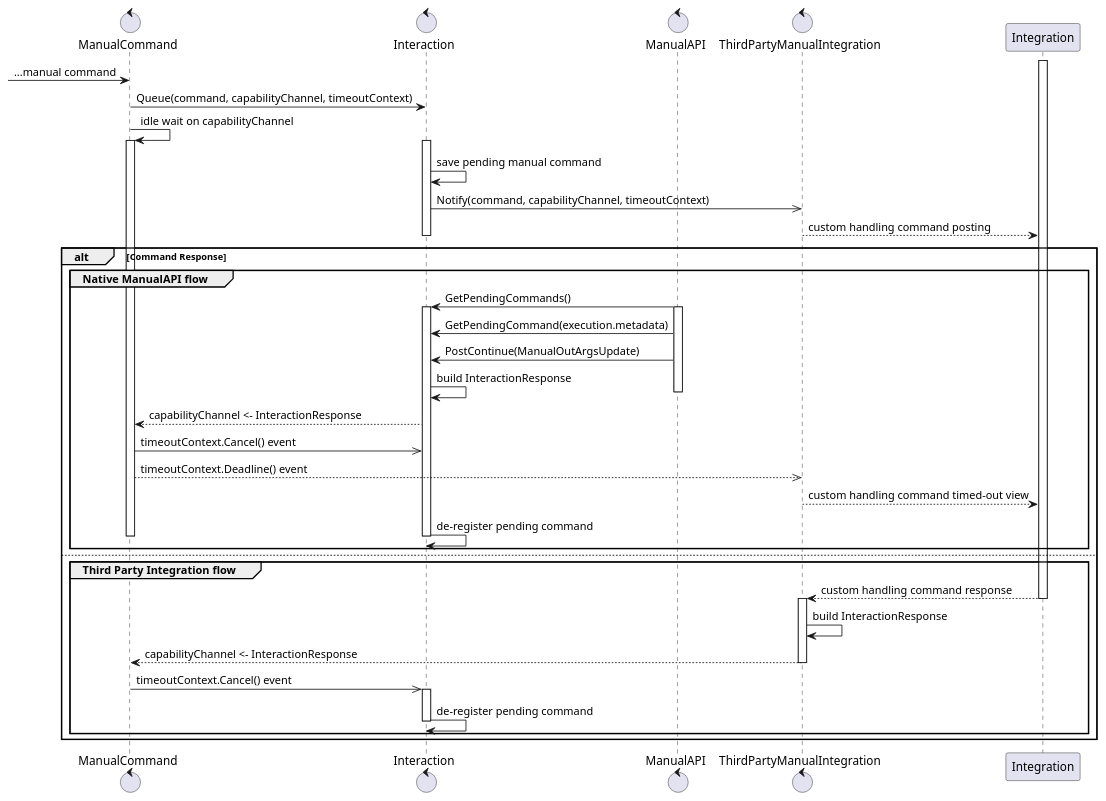
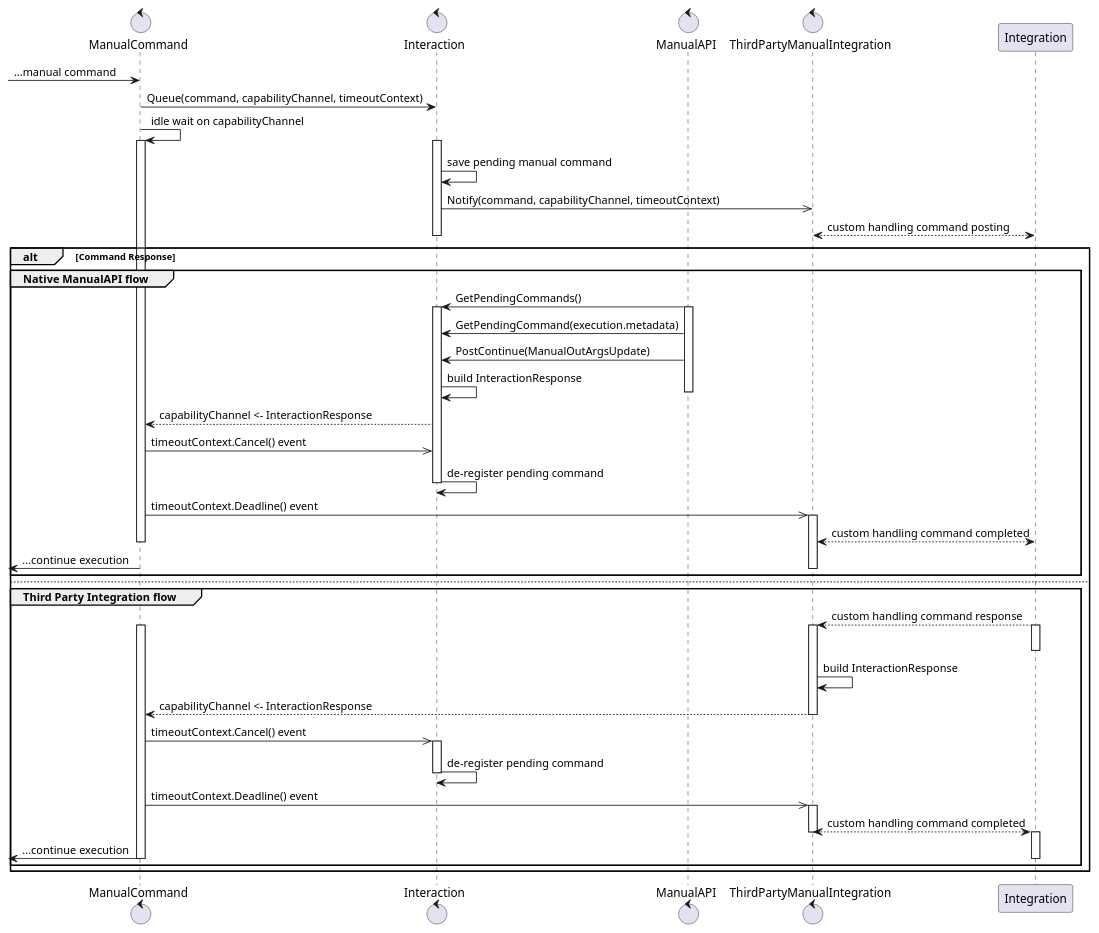
Before and after one commit to COSSAS/SOARCA: the second of 3 diagrams in docs/content/en/docs/core-components/modules.md, drawn with PlantUML. The commit also changed other lines of this file, not shown here.

Commit message:
improve manual command flow diagram

````diff
--- a/docs/content/en/docs/core-components/modules.md
+++ b/docs/content/en/docs/core-components/modules.md
@@ -404,58 +404,69 @@
 ```plantuml
 @startuml
 control "ManualCommand" as manual
 control "Interaction" as interaction
 control "ManualAPI" as api
 control "ThirdPartyManualIntegration" as 3ptool
 participant "Integration" as integration
 
 -> manual : ...manual command 
 manual -> interaction : Queue(command, capabilityChannel, timeoutContext)
 manual -> manual : idle wait on capabilityChannel
 activate manual
 
 activate interaction
 interaction -> interaction : save pending manual command
 interaction ->> 3ptool : Notify(command, capabilityChannel, timeoutContext)
-3ptool --> integration : custom handling command posting
+3ptool <--> integration : custom handling command posting
 deactivate interaction
 
 alt Command Response
 
     group Native ManualAPI flow
         api -> interaction : GetPendingCommands()
         activate interaction
         activate api
         api -> interaction : GetPendingCommand(execution.metadata)
         api -> interaction : PostContinue(ManualOutArgsUpdate)
         interaction -> interaction : build InteractionResponse
         deactivate api
         interaction --> manual : capabilityChannel <- InteractionResponse
         manual ->> interaction : timeoutContext.Cancel() event
-        manual -->> 3ptool : timeoutContext.Deadline() event
-        3ptool --> integration : custom handling command timed-out view
         interaction -> interaction : de-register pending command
         deactivate interaction
+        manual ->> 3ptool : timeoutContext.Deadline() event
+        activate 3ptool
+        3ptool <--> integration : custom handling command completed
         deactivate manual
+        <- manual : ...continue execution
+        deactivate 3ptool
+        deactivate integration
     end
 else 
     group Third Party Integration flow
+        integration --> 3ptool : custom handling command response
         activate manual
         activate integration
-        integration --> 3ptool : custom handling command response
         deactivate integration
         activate 3ptool
         3ptool -> 3ptool : build InteractionResponse
         3ptool --> manual : capabilityChannel <- InteractionResponse
         deactivate 3ptool
         manual ->> interaction : timeoutContext.Cancel() event
         activate interaction
         interaction -> interaction : de-register pending command
         deactivate interaction
+        manual ->> 3ptool : timeoutContext.Deadline() event
+        activate 3ptool
+        3ptool <--> integration : custom handling command completed
         deactivate 3ptool
+        activate integration
+        deactivate integration
+        <- manual : ...continue execution
         deactivate manual
+        deactivate integration
     end
 end
 
 @enduml
 ```
````
